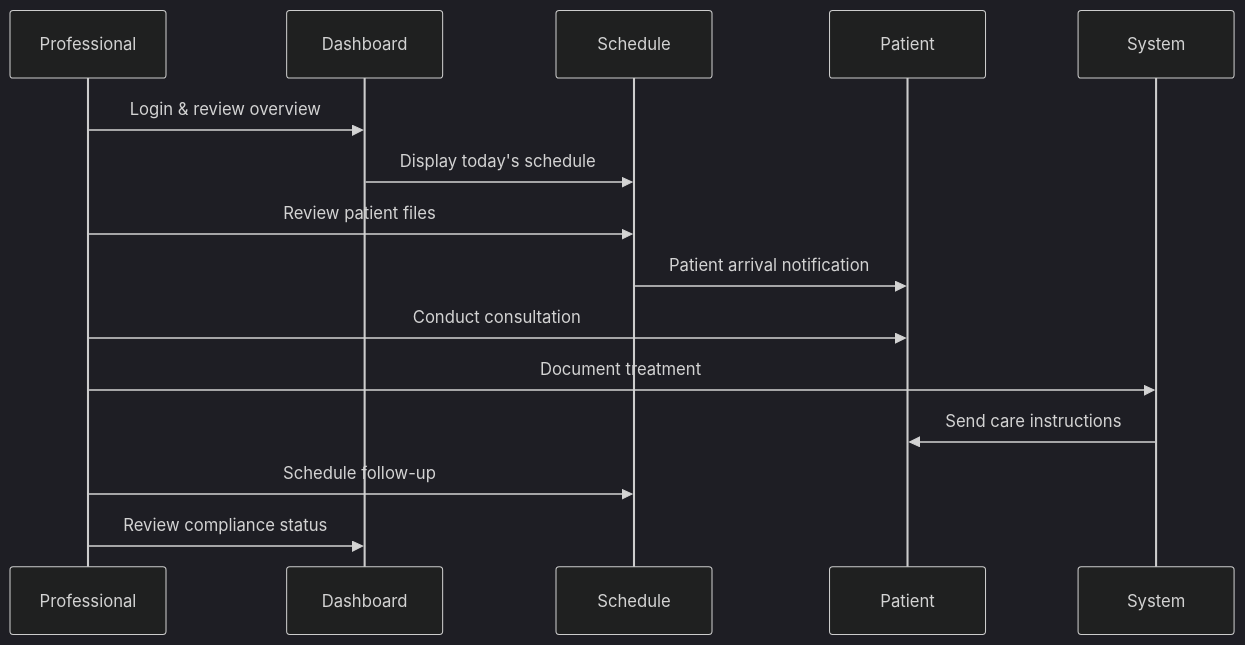
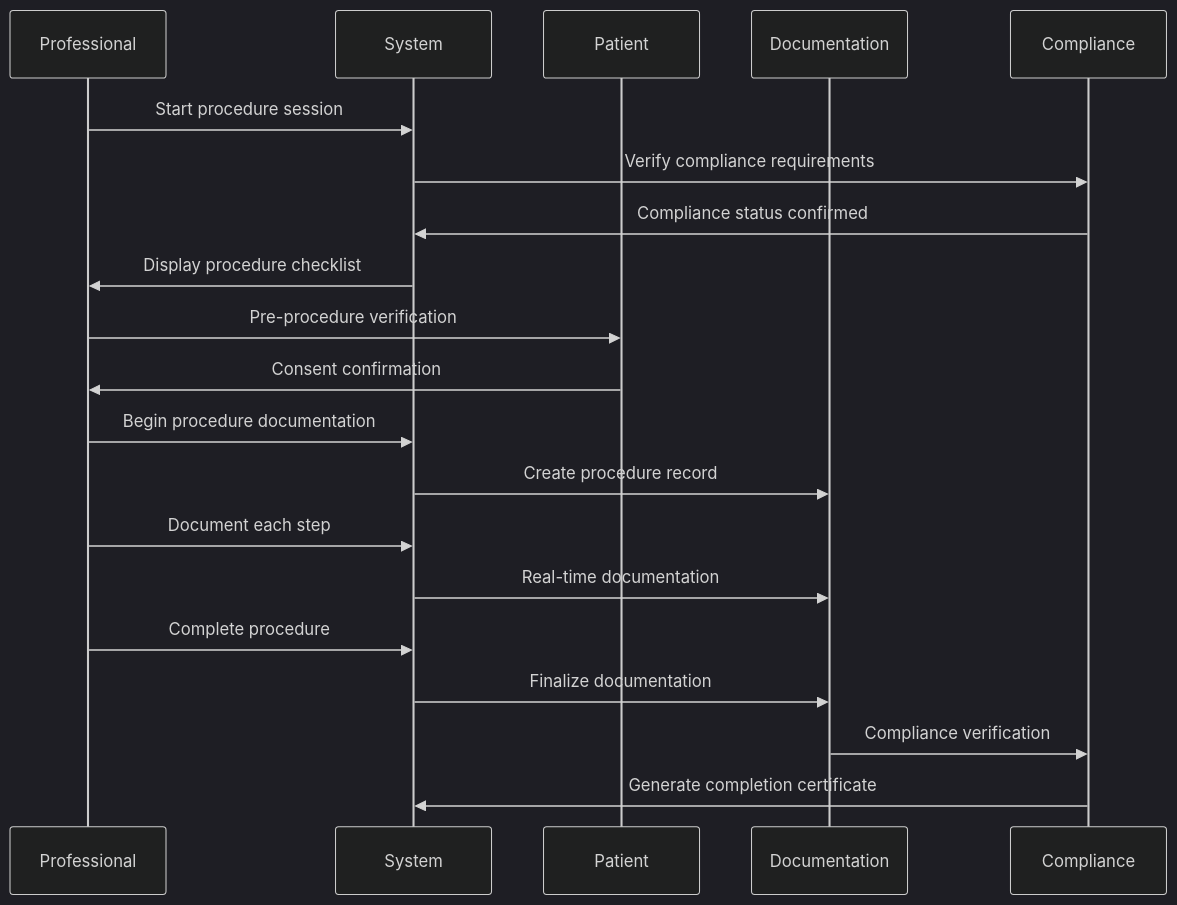
One commit to GrupoUS/neonpro changed diagram 11 of 12 in docs/architecture/aesthetic-platform-flows.md. Above: the diagram before and after it, drawn with Mermaid (dark theme). The commit also changed other lines of this file and 1 other file, not shown here.

````diff
--- a/docs/architecture/aesthetic-platform-flows.md
+++ b/docs/architecture/aesthetic-platform-flows.md
@@ -1680,18 +408,23 @@
 ```mermaid
 sequenceDiagram
     participant P as Professional
-    participant D as Dashboard
-    participant S as Schedule
+    participant S as System
     participant PT as Patient
-    participant SYS as System
+    participant D as Documentation
+    participant C as Compliance
 
-    P->>D: Login & review overview
-    D->>S: Display today's schedule
-    P->>S: Review patient files
-    S->>PT: Patient arrival notification
-    P->>PT: Conduct consultation
-    P->>SYS: Document treatment
-    SYS->>PT: Send care instructions
-    P->>S: Schedule follow-up
-    P->>D: Review compliance status
+    P->>S: Start procedure session
+    S->>C: Verify compliance requirements
+    C->>S: Compliance status confirmed
+    S->>P: Display procedure checklist
+    P->>PT: Pre-procedure verification
+    PT->>P: Consent confirmation
+    P->>S: Begin procedure documentation
+    S->>D: Create procedure record
+    P->>S: Document each step
+    S->>D: Real-time documentation
+    P->>S: Complete procedure
+    S->>D: Finalize documentation
+    D->>C: Compliance verification
+    C->>S: Generate completion certificate
 ```
````
